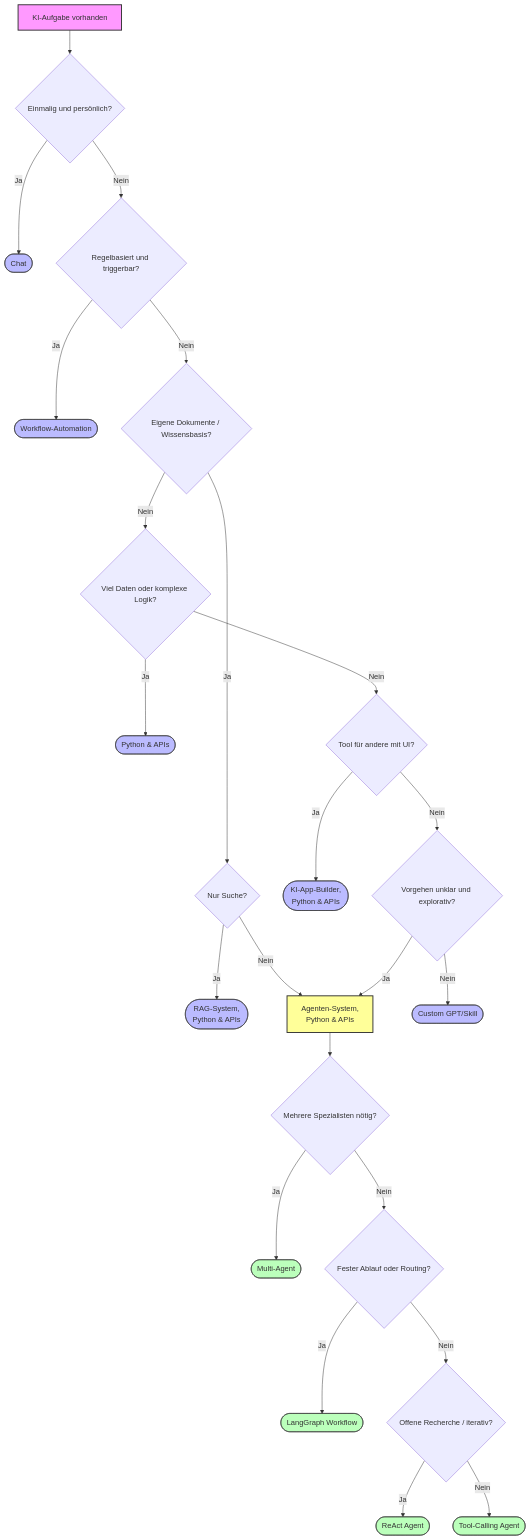
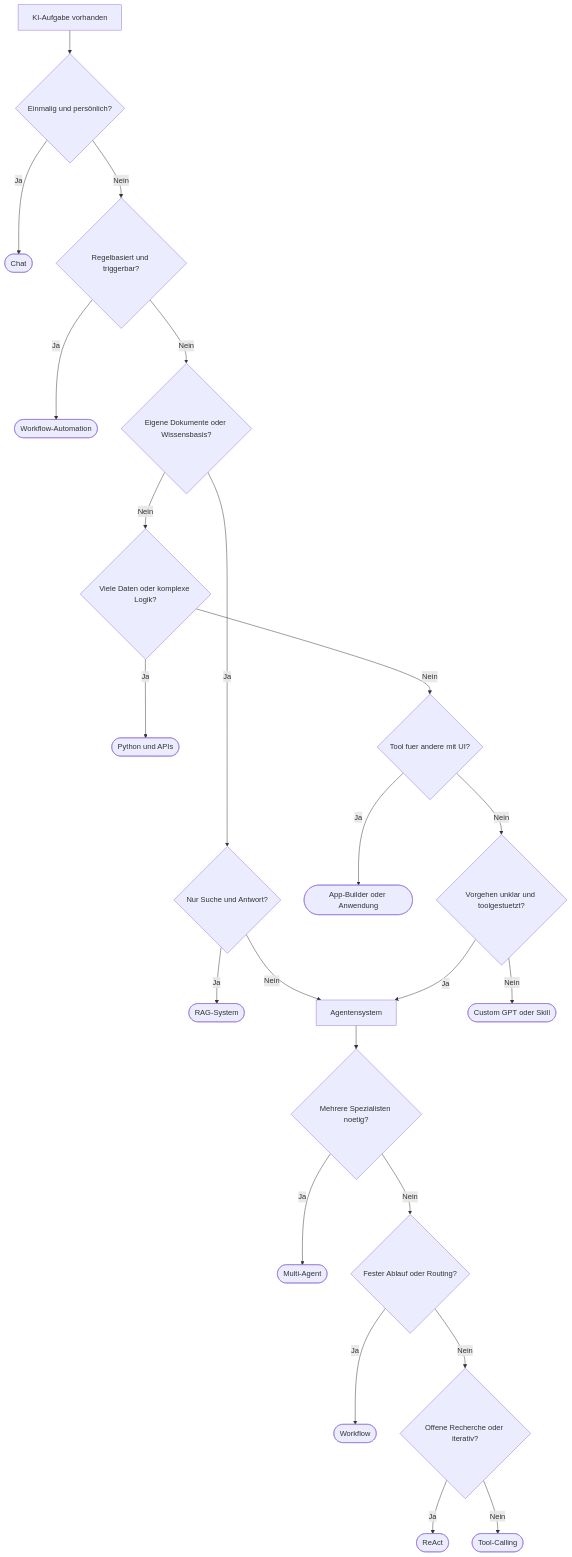
One commit to ralf-42/Agenten changed the diagram in docs/concepts/Aufgabenklassen_und_Loesungswege.md. Above: the diagram before and after it, drawn with Mermaid. The commit also changed other lines of this file and 15 other files, not shown here.

````diff
--- a/docs/concepts/Aufgabenklassen_und_Loesungswege.md
+++ b/docs/concepts/Aufgabenklassen_und_Loesungswege.md
@@ -125,36 +115,26 @@
 ```mermaid
 flowchart TD
     A[KI-Aufgabe vorhanden] --> B{Einmalig und persönlich?}
     B -->|Ja| B1([Chat])
     B -->|Nein| C{Regelbasiert und triggerbar?}
     C -->|Ja| C1([Workflow-Automation])
-    C -->|Nein| D{Eigene Dokumente / Wissensbasis?}
-    D -->|Ja| D0{Nur Suche?}
-    D0 -->|Ja| D1([RAG-System, <br>Python & APIs])
+    C -->|Nein| D{Eigene Dokumente oder Wissensbasis?}
+    D -->|Ja| D0{Nur Suche und Antwort?}
+    D0 -->|Ja| D1([RAG-System])
     D0 -->|Nein| AG
-    D -->|Nein| E{Viel Daten oder komplexe Logik?}
-    E -->|Ja| E1([Python & APIs])
-    E -->|Nein| F{Tool für andere mit UI?}
-    F -->|Ja| F1([KI-App-Builder, <br>Python & APIs])
-    F -->|Nein| G{Vorgehen unklar und explorativ?}
-    G -->|Nein| H1([Custom GPT/Skill])
-    G -->|Ja| AG[Agenten-System, <br>Python & APIs]
+    D -->|Nein| E{Viele Daten oder komplexe Logik?}
+    E -->|Ja| E1([Python und APIs])
+    E -->|Nein| F{Tool fuer andere mit UI?}
+    F -->|Ja| F1([App-Builder oder Anwendung])
+    F -->|Nein| G{Vorgehen unklar und toolgestuetzt?}
+    G -->|Nein| H1([Custom GPT oder Skill])
+    G -->|Ja| AG[Agentensystem]
 
-    %% Ebene 2: Agentenarchitektur
-    AG --> AG1{Mehrere Spezialisten nötig?}
+    AG --> AG1{Mehrere Spezialisten noetig?}
     AG1 -->|Ja| MA([Multi-Agent])
     AG1 -->|Nein| AG2{Fester Ablauf oder Routing?}
-    AG2 -->|Ja| WF([LangGraph Workflow])
-    AG2 -->|Nein| AG3{Offene Recherche / iterativ?}
-    AG3 -->|Ja| RE([ReAct Agent])
-    AG3 -->|Nein| TC([Tool-Calling Agent])
-
-    classDef start fill:#f9f,stroke:#333,stroke-width:2px
-    classDef solution fill:#bbf,stroke:#333,stroke-width:1px
-    classDef agent fill:#bfb,stroke:#333,stroke-width:1px
-    classDef pivot fill:#ff9,stroke:#333,stroke-width:2px
-    class A start
-    class B1,C1,D1,E1,F1,H1 solution
-    class MA,WF,RE,TC agent
-    class AG pivot
+    AG2 -->|Ja| WF([Workflow])
+    AG2 -->|Nein| AG3{Offene Recherche oder iterativ?}
+    AG3 -->|Ja| RE([ReAct])
+    AG3 -->|Nein| TC([Tool-Calling])
 ```
````
